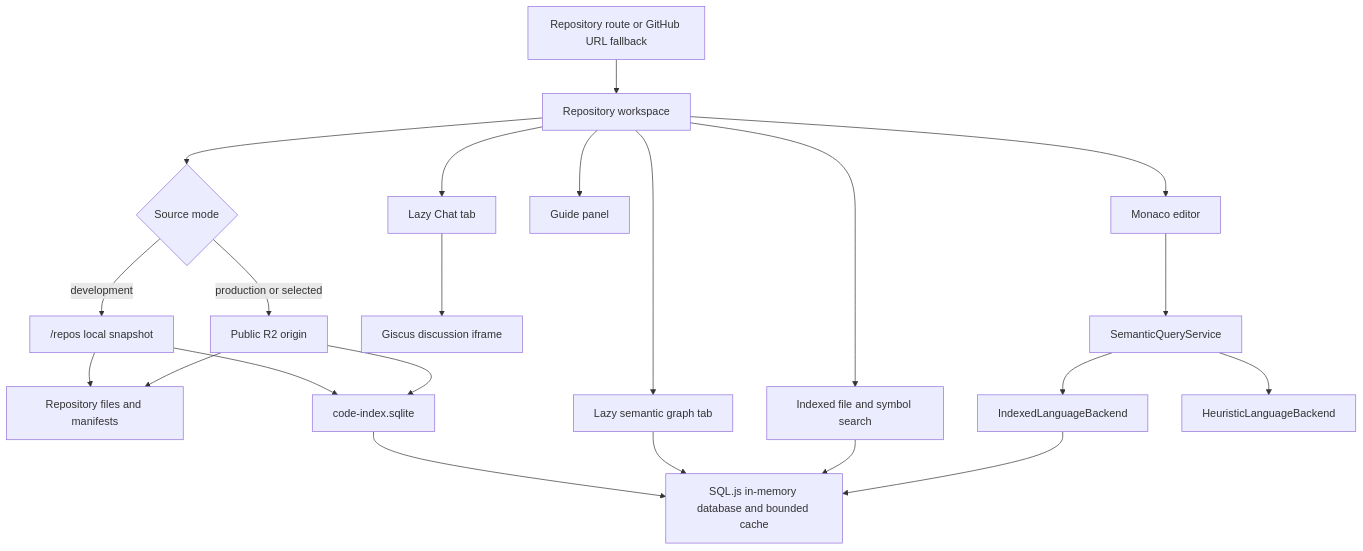
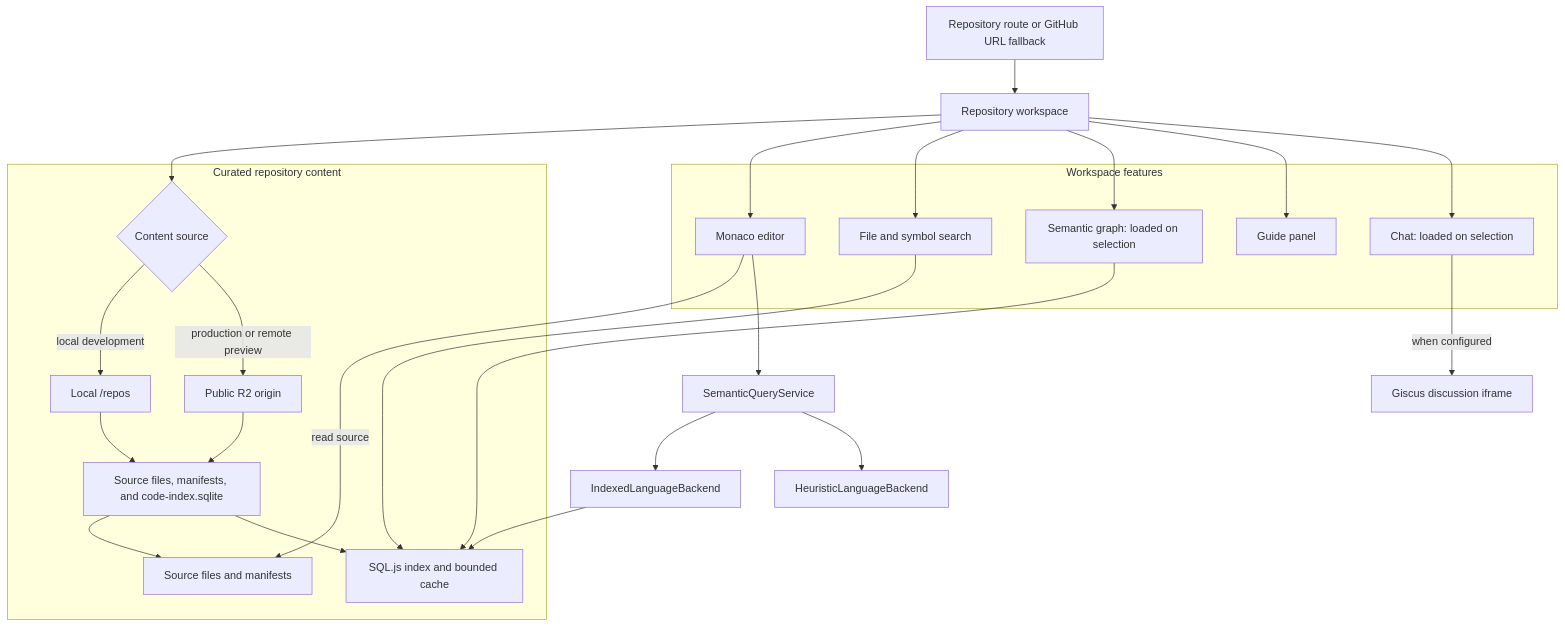
The second of 3 diagrams in data/readmes/pkill37__gitshaman.com.md (zqf20096327/ai_collect), drawn with Mermaid before and after one commit. The commit also changed other lines of this file and 1899 other files, not shown here.

````diff
--- a/data/readmes/pkill37__gitshaman.com.md
+++ b/data/readmes/pkill37__gitshaman.com.md
@@ -111,26 +317,36 @@
 ```mermaid
 flowchart TB
   Route["Repository route or GitHub URL fallback"] --> Workspace["Repository workspace"]
-  Workspace --> Source{"Source mode"}
-  Source -->|development| Local["/repos local snapshot"]
-  Source -->|production or selected| R2["Public R2 origin"]
-  Local --> Files["Repository files and manifests"]
-  R2 --> Files
-  Local --> IndexFile["code-index.sqlite"]
-  R2 --> IndexFile
-  IndexFile --> SQLJS["SQL.js in-memory database and bounded cache"]
 
-  Workspace --> Editor["Monaco editor"]
-  Workspace --> Search["Indexed file and symbol search"]
-  Workspace --> Graph["Lazy semantic graph tab"]
-  Workspace --> Guide["Guide panel"]
-  Workspace --> Chat["Lazy Chat tab"]
-  Chat --> Giscus["Giscus discussion iframe"]
+  subgraph Content["Curated repository content"]
+    Source{"Content source"}
+    Source -->|local development| Local["Local /repos"]
+    Source -->|production or remote preview| R2["Public R2 origin"]
+    Local --> Artifacts["Source files, manifests, and code-index.sqlite"]
+    R2 --> Artifacts
+    Artifacts --> Files["Source files and manifests"]
+    Artifacts --> SQLJS["SQL.js index and bounded cache"]
+  end
+  Workspace --> Source
 
+  subgraph Features["Workspace features"]
+    Editor["Monaco editor"]
+    Search["File and symbol search"]
+    Graph["Semantic graph: loaded on selection"]
+    Guide["Guide panel"]
+    Chat["Chat: loaded on selection"]
+  end
+  Workspace --> Editor
+  Workspace --> Search
+  Workspace --> Graph
+  Workspace --> Guide
+  Workspace --> Chat
+  Editor -->|read source| Files
   Editor --> Service["SemanticQueryService"]
-  Graph --> SQLJS
-  Search --> SQLJS
   Service --> Indexed["IndexedLanguageBackend"]
   Service --> Heuristic["HeuristicLanguageBackend"]
   Indexed --> SQLJS
+  Search --> SQLJS
+  Graph --> SQLJS
+  Chat -->|when configured| Giscus["Giscus discussion iframe"]
 ```
````
